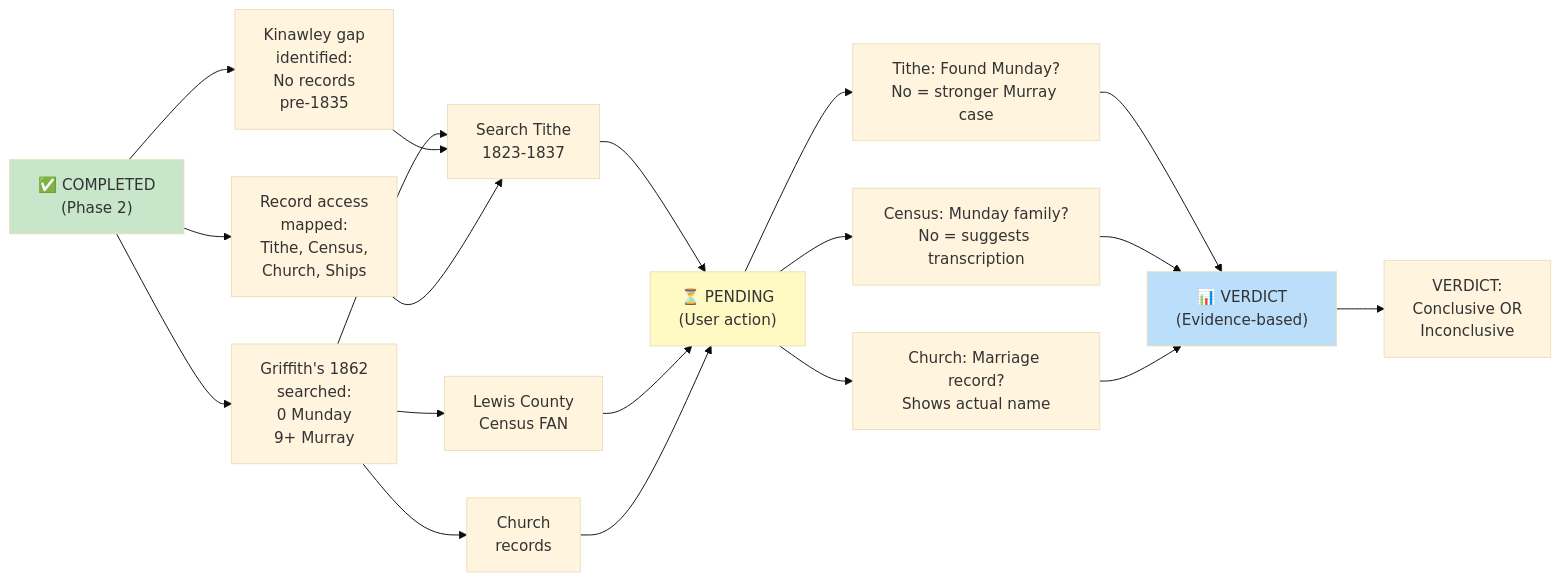
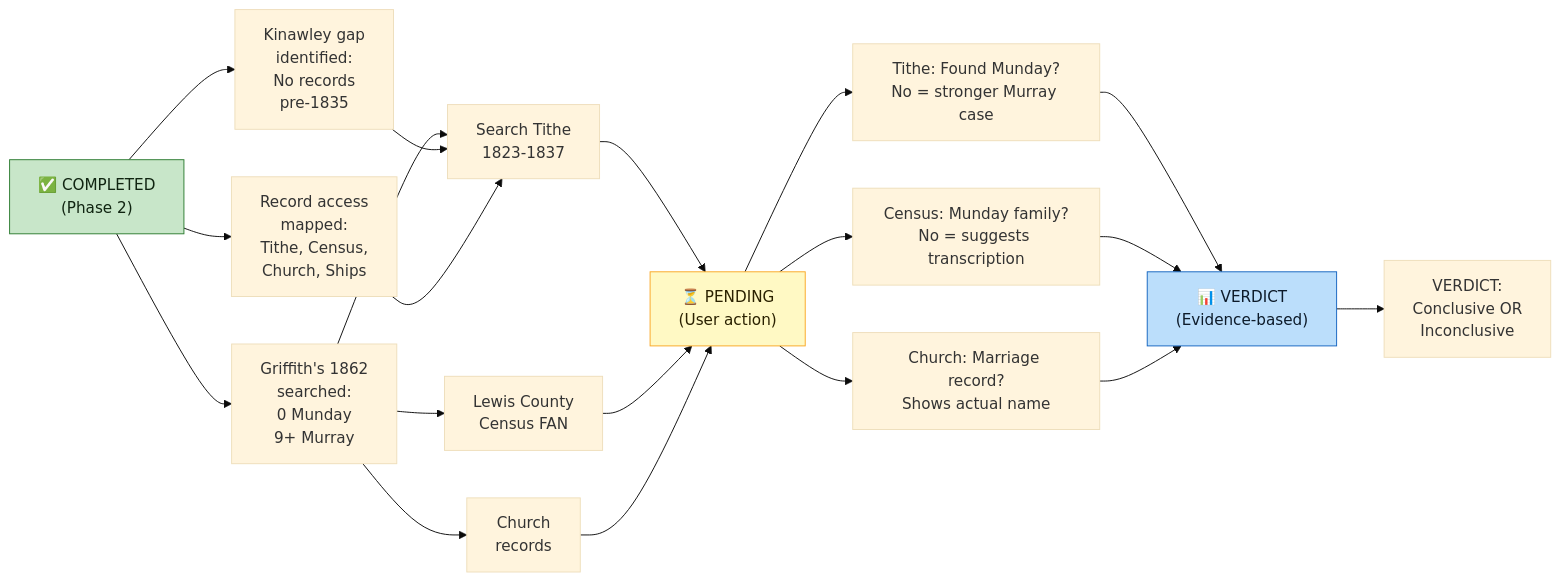
One commit to zcopley/copley-family-research changed the first of 2 diagrams in .agents/_AGENT_HANDOFF_PHASE_2M.md. Above: the diagram before and after it, drawn with Mermaid (base theme). The commit also changed other lines of this file and 14 other files, not shown here.

Commit message:
Enforce Mermaid diagram contrast

````diff
--- a/.agents/_AGENT_HANDOFF_PHASE_2M.md
+++ b/.agents/_AGENT_HANDOFF_PHASE_2M.md
@@ -68,36 +68,36 @@
 ```mermaid
 graph LR
     COMPLETE["✅ COMPLETED<br/>(Phase 2)"]
     PENDING["⏳ PENDING<br/>(User action)"]
     OUTCOME["📊 VERDICT<br/>(Evidence-based)"]
     
     COMPLETE --> G["Griffith's 1862<br/>searched:<br/>0 Munday<br/>9+ Murray"]
     COMPLETE --> K["Kinawley gap<br/>identified:<br/>No records<br/>pre-1835"]
     COMPLETE --> R["Record access<br/>mapped:<br/>Tithe, Census,<br/>Church, Ships"]
     
     G --> NEXT1["Search Tithe<br/>1823-1837"]
     K --> NEXT1
     R --> NEXT1
     
     NEXT1 --> PENDING
     
     G --> NEXT2["Lewis County<br/>Census FAN"]
     NEXT2 --> PENDING
     
     G --> NEXT3["Church<br/>records"]
     NEXT3 --> PENDING
     
     PENDING --> T1["Tithe: Found Munday?<br/>No = stronger Murray case"]
     PENDING --> T2["Census: Munday family?<br/>No = suggests transcription"]
     PENDING --> T3["Church: Marriage record?<br/>Shows actual name"]
     
     T1 --> OUTCOME
     T2 --> OUTCOME
     T3 --> OUTCOME
     
     OUTCOME --> V["VERDICT:<br/>Conclusive OR<br/>Inconclusive"]
     
-    style COMPLETE fill:#c8e6c9
-    style PENDING fill:#fff9c4
-    style OUTCOME fill:#bbdefb
+    style COMPLETE fill:#c8e6c9,stroke:#2e7d32,color:#102411
+    style PENDING fill:#fff9c4,stroke:#f9a825,color:#2a2100
+    style OUTCOME fill:#bbdefb,stroke:#1565c0,color:#0d1b2a
 ```
````
